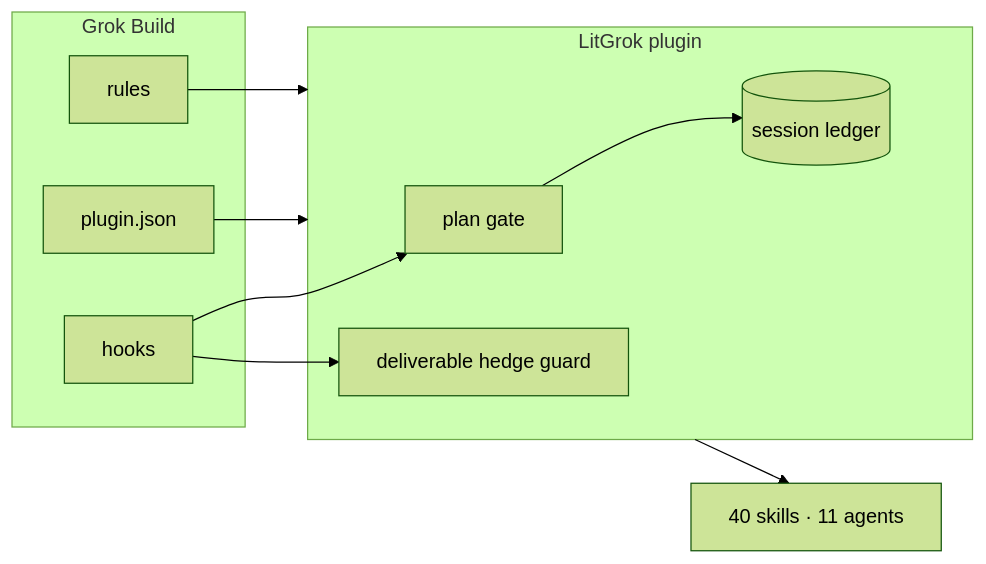
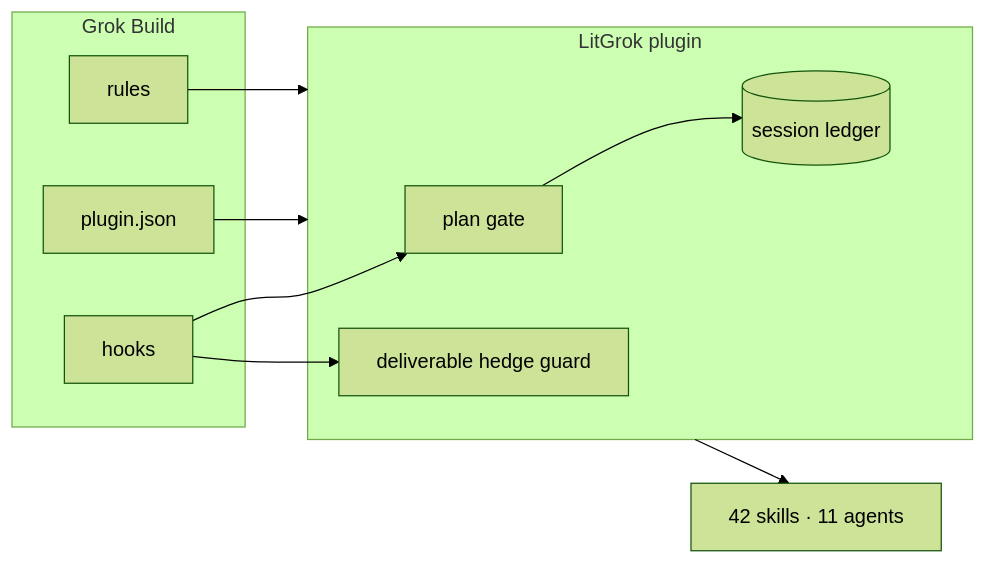
Before and after one commit to wjgoarxiv/litgrok: the second of 3 diagrams in docs/reference.md, drawn with Mermaid (forest theme). The commit also changed other lines of this file and 16 other files, not shown here.

````diff
--- a/docs/reference.md
+++ b/docs/reference.md
@@ -55,16 +55,16 @@
 ```mermaid
 flowchart LR
     subgraph GB["Grok Build"]
         PJ["plugin.json"]; HK["hooks"]; RL["rules"]
     end
     subgraph LG["LitGrok plugin"]
         PLAN["plan gate"]
         HEDGE["deliverable hedge guard"]
         LEDGER[("session ledger")]
     end
     PJ --> LG
     HK --> PLAN --> LEDGER
     HK --> HEDGE
     RL --> LG
-    LG --> S["40 skills · 11 agents"]
+    LG --> S["42 skills · 11 agents"]
 ```
````
